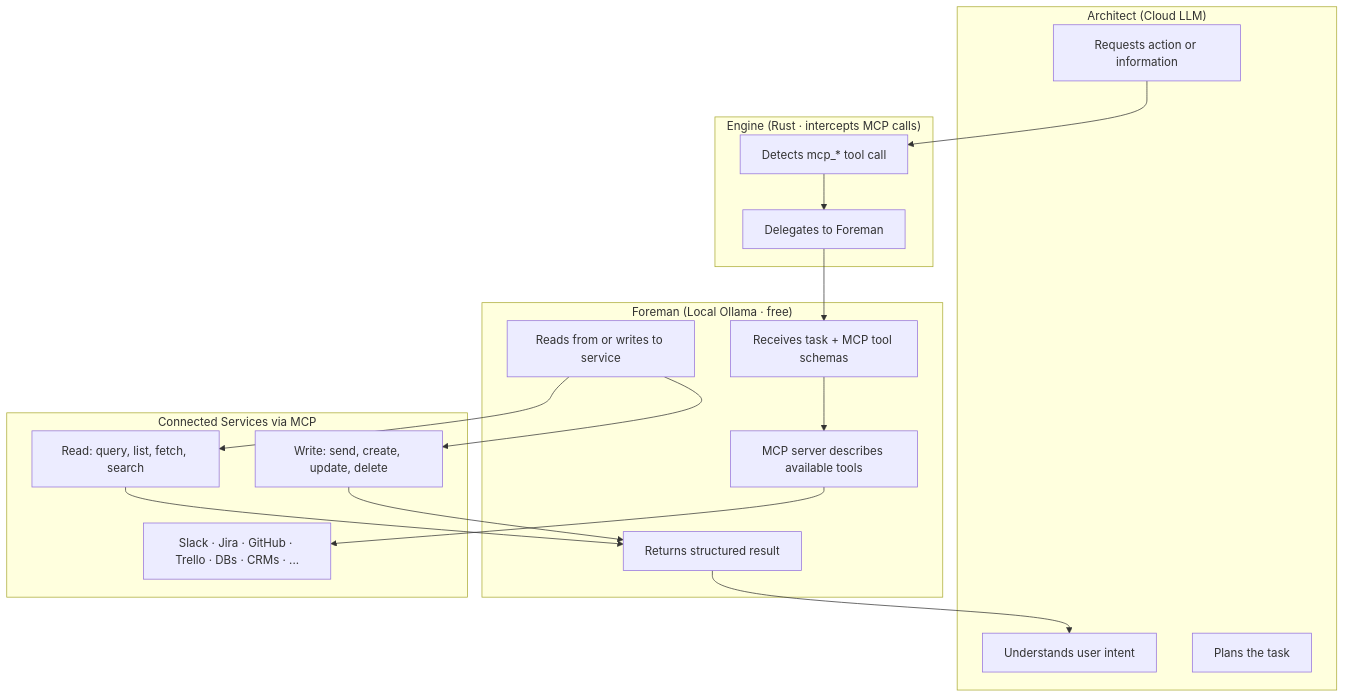
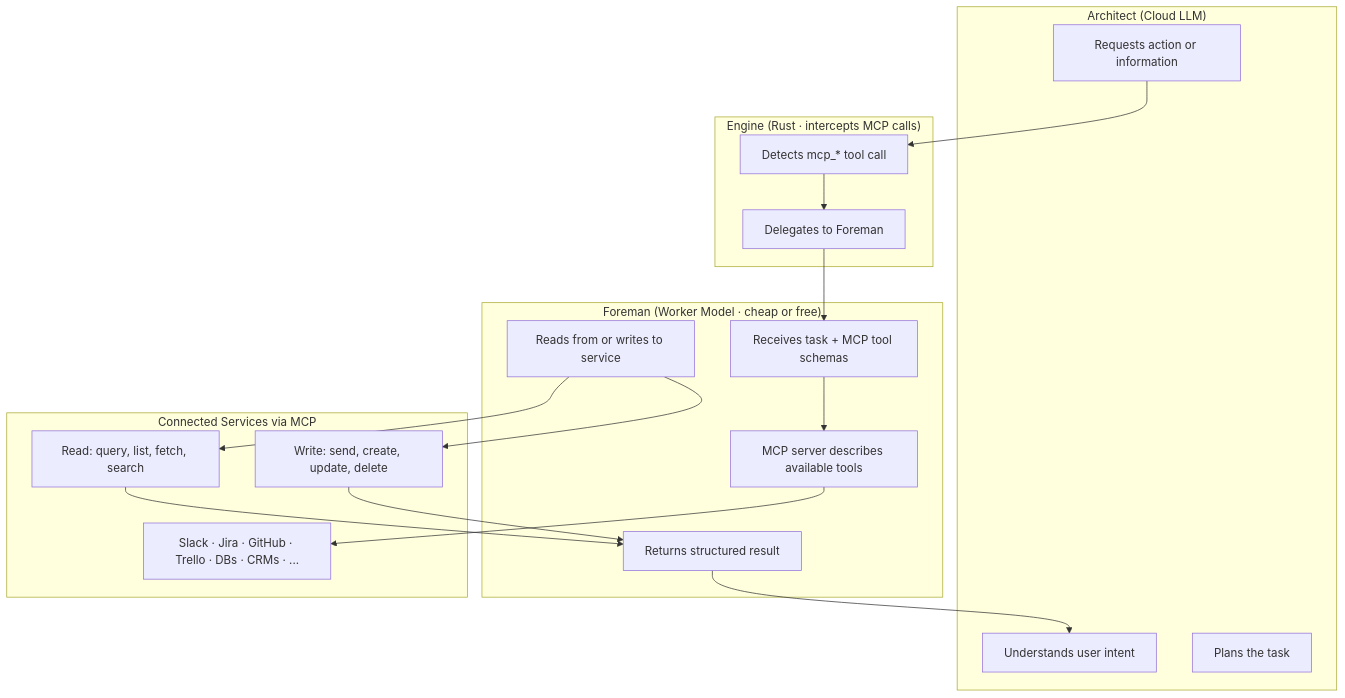
The diagram in reference/foreman-protocol.mdx (elisplash/paw), drawn with Mermaid before and after one commit. The commit also changed other lines of this file and 4 other files, not shown here.

First line of the commit message:
feat: multi-provider worker support — Foreman works with any AI provider

````diff
--- a/reference/foreman-protocol.mdx
+++ b/reference/foreman-protocol.mdx
@@ -56,33 +56,33 @@
 ```mermaid actions={false}
 graph TD
     subgraph Architect["Architect (Cloud LLM)"]
         A["Understands user intent"]
         B["Plans the task"]
         C["Requests action or information"]
     end
     subgraph Engine["Engine (Rust · intercepts MCP calls)"]
         D["Detects mcp_* tool call"]
         E["Delegates to Foreman"]
     end
-    subgraph Foreman["Foreman (Local Ollama · free)"]
+    subgraph Foreman["Foreman (Worker Model · cheap or free)"]
         F["Receives task + MCP tool schemas"]
         G["MCP server describes available tools"]
         H["Reads from or writes to service"]
         I["Returns structured result"]
     end
     subgraph MCP["Connected Services via MCP"]
         J["Slack · Jira · GitHub · Trello · DBs · CRMs · ..."]
         K["Read: query, list, fetch, search"]
         L["Write: send, create, update, delete"]
     end
     C --> D
     D --> E
     E --> F
     F --> G
     G --> J
     H --> K
     H --> L
     K --> I
     L --> I
     I --> A
 ```
````
